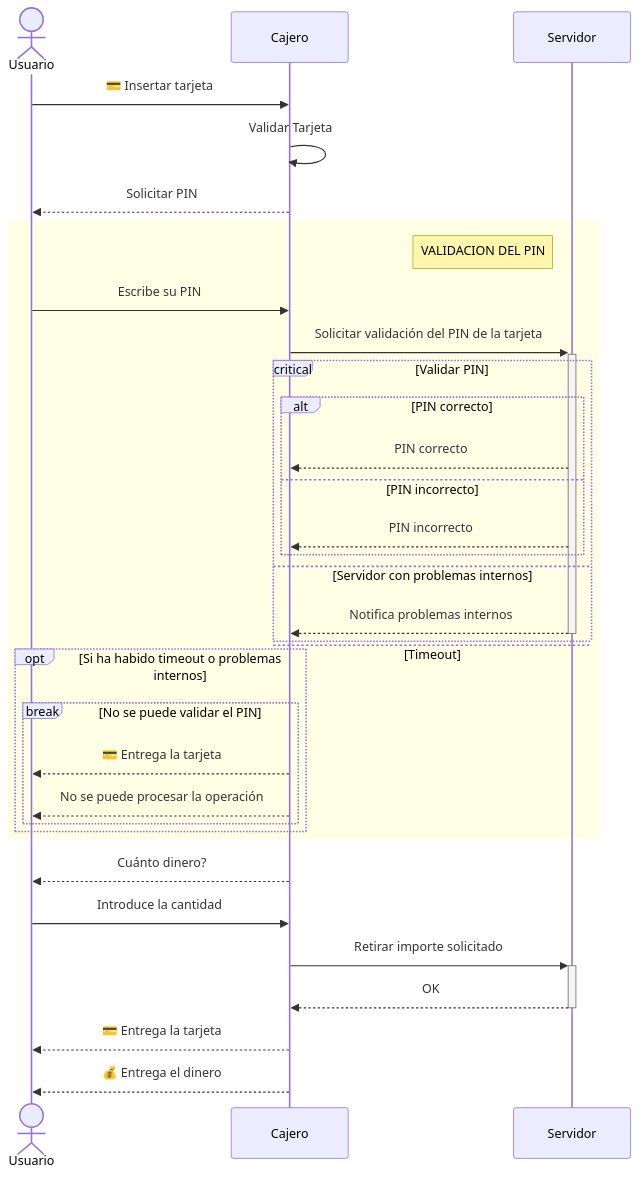
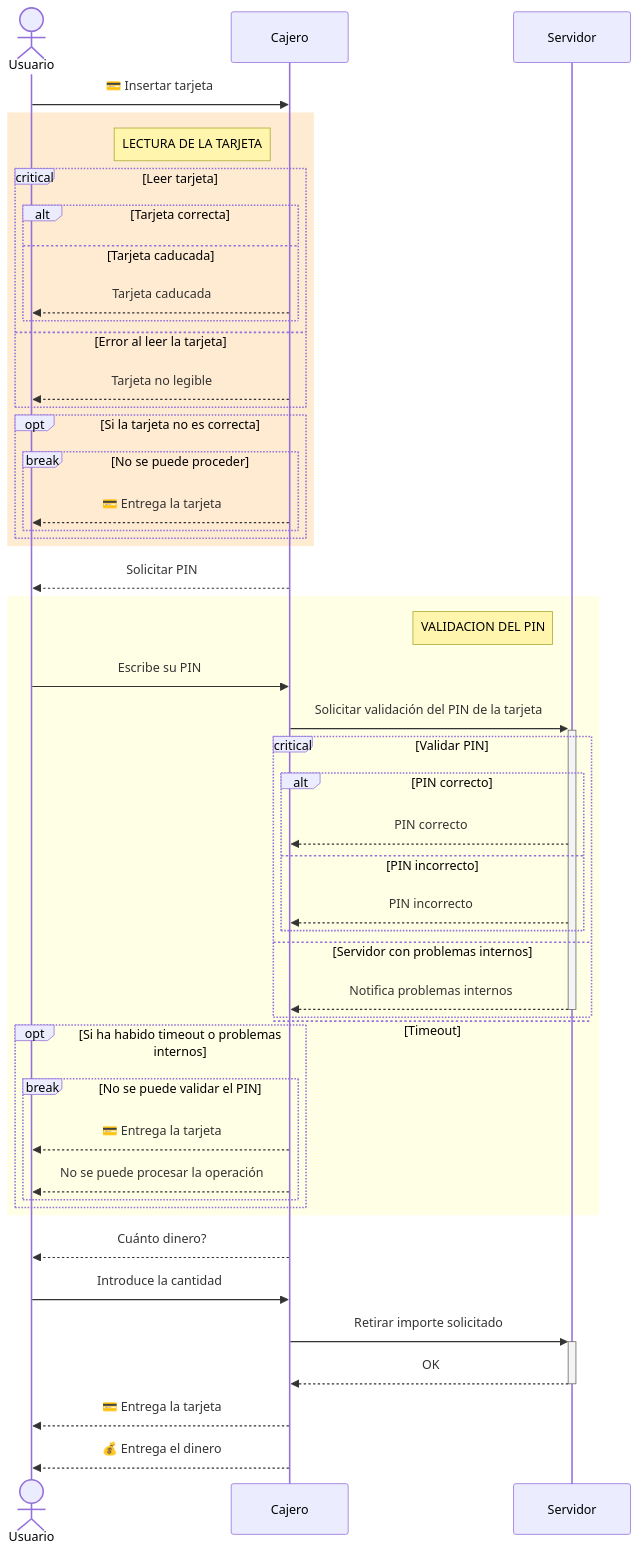
The diagram in ejemplos/diagrama_cajero.md (IvanciniGT/cursoUML), drawn with Mermaid before and after one commit.

````diff
--- a/ejemplos/diagrama_cajero.md
+++ b/ejemplos/diagrama_cajero.md
@@ -8,57 +8,78 @@
 ```mermaid
 
 sequenceDiagram
 
     actor                   U as Usuario
     participant             C as Cajero
     participant             S as Servidor
 
     U->>C:                  💳 Insertar tarjeta
-    C->>C:                  Validar Tarjeta
-           %% TODO: TARJETA NO SE PUEDE LEER
+
+    rect rgb(255,235,210)
+        note left of C:         LECTURA DE LA TARJETA
+        critical                Leer tarjeta
+            alt                 Tarjeta correcta
+            else                Tarjeta caducada
+                C-->>U:         Tarjeta caducada
+            end
+        option                  Error al leer la tarjeta
+                C-->>U:         Tarjeta no legible
+        end
+        opt                     Si la tarjeta no es correcta
+            break               No se puede proceder
+                C-->>U:         💳 Entrega la tarjeta
+            end
+        end
+    end
+
+
+
+
     C-->>U:                 Solicitar PIN
            %% TODO: NO ESCRIBE EL PIN
+
+    %% BUCLE para controlar el numero de veces que le permitimos equivocarse en el pin
 
     rect rgb(255,255,230)
         note left of S:         VALIDACION DEL PIN
         U->>C:                  Escribe su PIN
         C->>+S:                 Solicitar validación del PIN de la tarjeta
         critical                Validar PIN
-            alt PIN correcto
+            alt                 PIN correcto
                 S-->>C:         PIN correcto
-            else PIN incorrecto
+            else                PIN incorrecto
                 S-->>C:         PIN incorrecto
             end
         option                  Servidor con problemas internos
             S-->>-C:             Notifica problemas internos
         option                  Timeout
         end
 
         opt                     Si ha habido timeout o problemas internos
             break               No se puede validar el PIN
                 C-->>U:         💳 Entrega la tarjeta
                 C-->>U:         No se puede procesar la operación
             end
         end
     end 
 
     C-->>U:                 Cuánto dinero?
     U->>C:                  Introduce la cantidad
            %% TODO: CANTIDAD INCORRECTA
            %% TODO: NO INTRODUCE CANTIDAD
 
            %% TODO: ADICIONAL (CONFIRMACION DE LA CANTIDAD)
 
            %% TODO: MULTIPLO DE UNA CANTIDAD
            %% TODO: NO HAY DISPONIBLE EN EL CAJERO
 
     C->>+S:                 Retirar importe solicitado
            %% TODO: NO HAY DISPONIBLE EN LA CUENTA
     S-->>-C:                OK
            %% TODO: SERVIDOR NO DISPONIBLE
 
     C-->>U:                 💳 Entrega la tarjeta
     C-->>U:                 💰 Entrega el dinero
 
 
 ```
````
